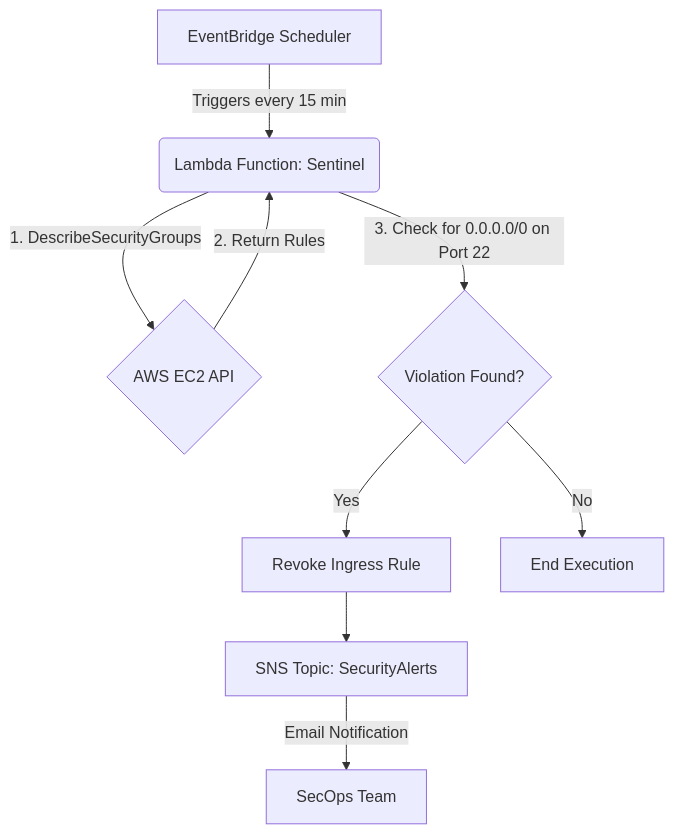
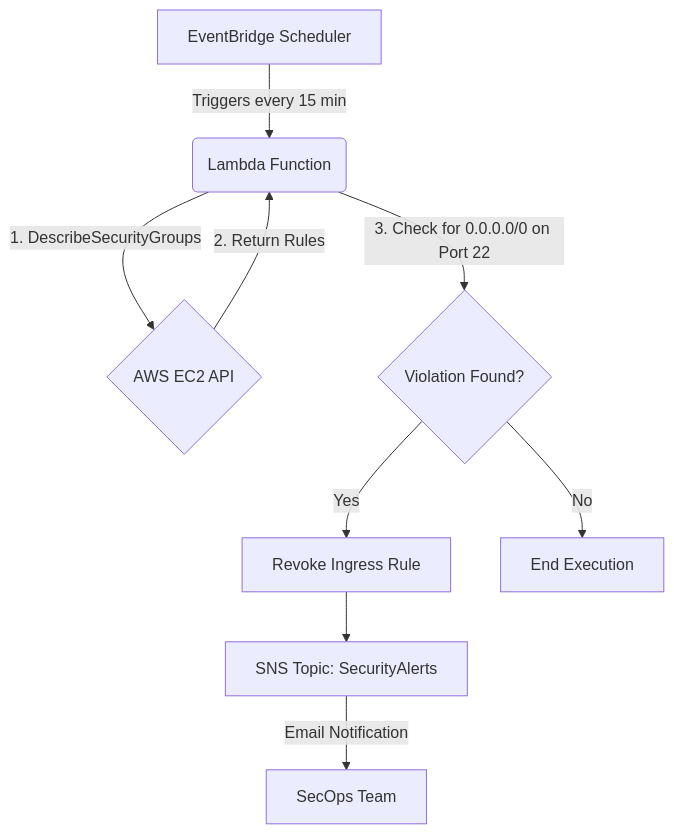
The diagram in README.md (ItsA7/aws-automated-compliance-engine), drawn with Mermaid before and after one commit.

````diff
--- a/README.md
+++ b/README.md
@@ -14,11 +14,11 @@
 ```mermaid
 graph TD
-    A[EventBridge Scheduler] -->|Triggers every 15 min| B(Lambda Function: Sentinel)
+    A[EventBridge Scheduler] -->|Triggers every 15 min| B(Lambda Function)
     B -->|1. DescribeSecurityGroups| C{AWS EC2 API}
     C -->|2. Return Rules| B
     B -->|3. Check for 0.0.0.0/0 on Port 22| D{Violation Found?}
     D -- Yes --> E[Revoke Ingress Rule]
     E --> F[SNS Topic: SecurityAlerts]
     F -->|Email Notification| G[SecOps Team]
     D -- No --> H[End Execution]
 ```
````
